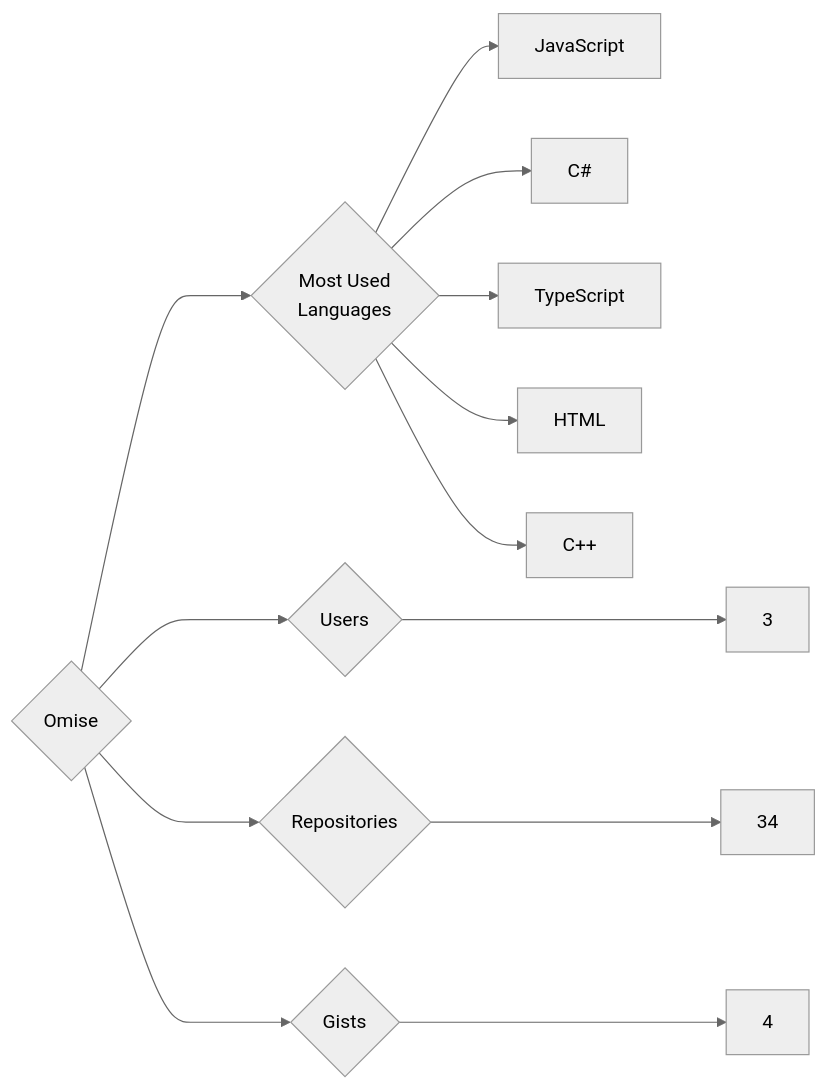
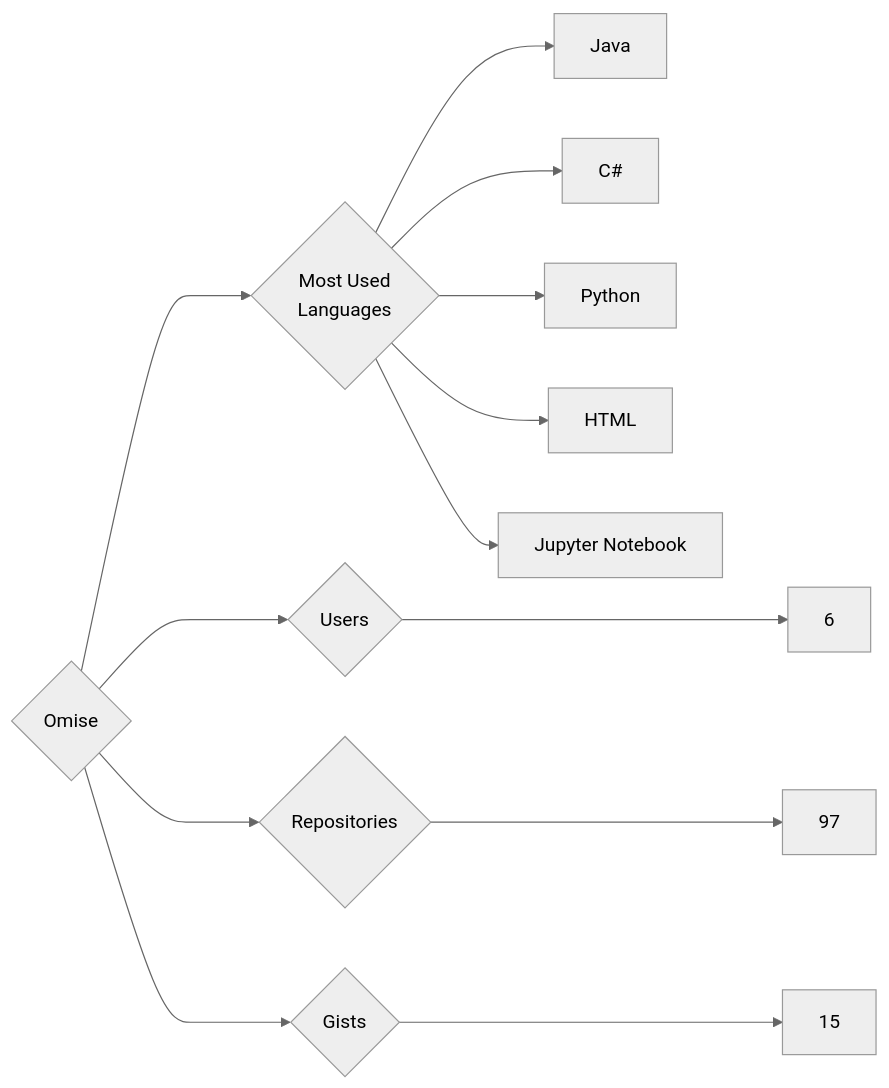
Before and after one commit to trickest/insiders: the diagram in targets/Omise/README.md, drawn with Mermaid (neutral theme). The commit also changed 796 other files, not shown here.

````diff
--- a/targets/Omise/README.md
+++ b/targets/Omise/README.md
@@ -3,13 +3,13 @@
 ```mermaid
 graph LR
 COMPANY_NAME{Omise}
-COMPANY_NAME ---> U{Users} ---> UN[3]
-COMPANY_NAME ---> R{Repositories} ---> RN[34]
-COMPANY_NAME ---> G{Gists} ---> GN[4]
+COMPANY_NAME ---> U{Users} ---> UN[6]
+COMPANY_NAME ---> R{Repositories} ---> RN[97]
+COMPANY_NAME ---> G{Gists} ---> GN[15]
 COMPANY_NAME ---> ML{Most Used<br>Languages}
-ML --> JavaScript[JavaScript]
+ML --> Java[Java]
 ML --> C#[C#]
-ML --> TypeScript[TypeScript]
+ML --> Python[Python]
 ML --> HTML[HTML]
-ML --> C++[C++]
+ML --> Jupyter_Notebook[Jupyter Notebook]
 ```
````
